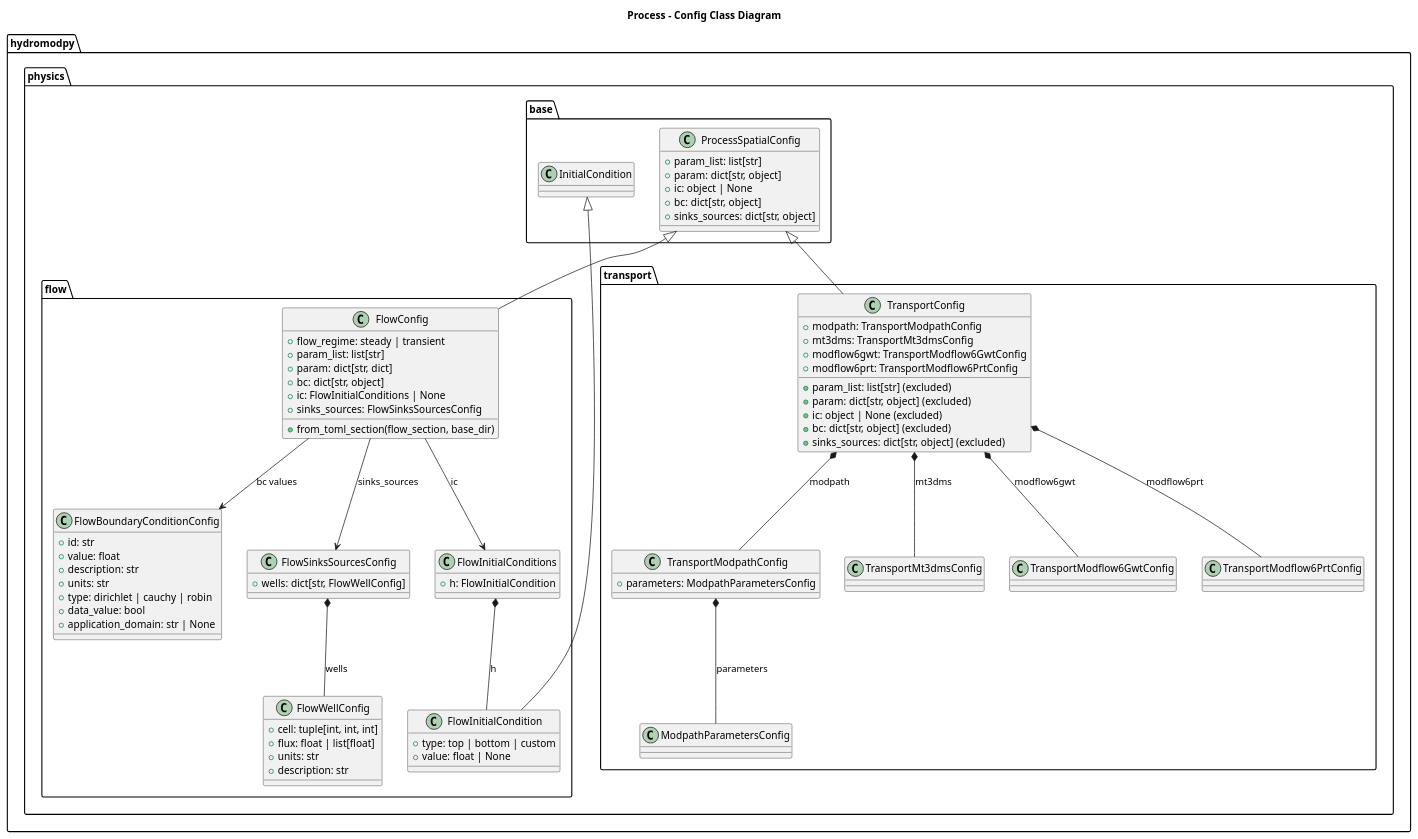
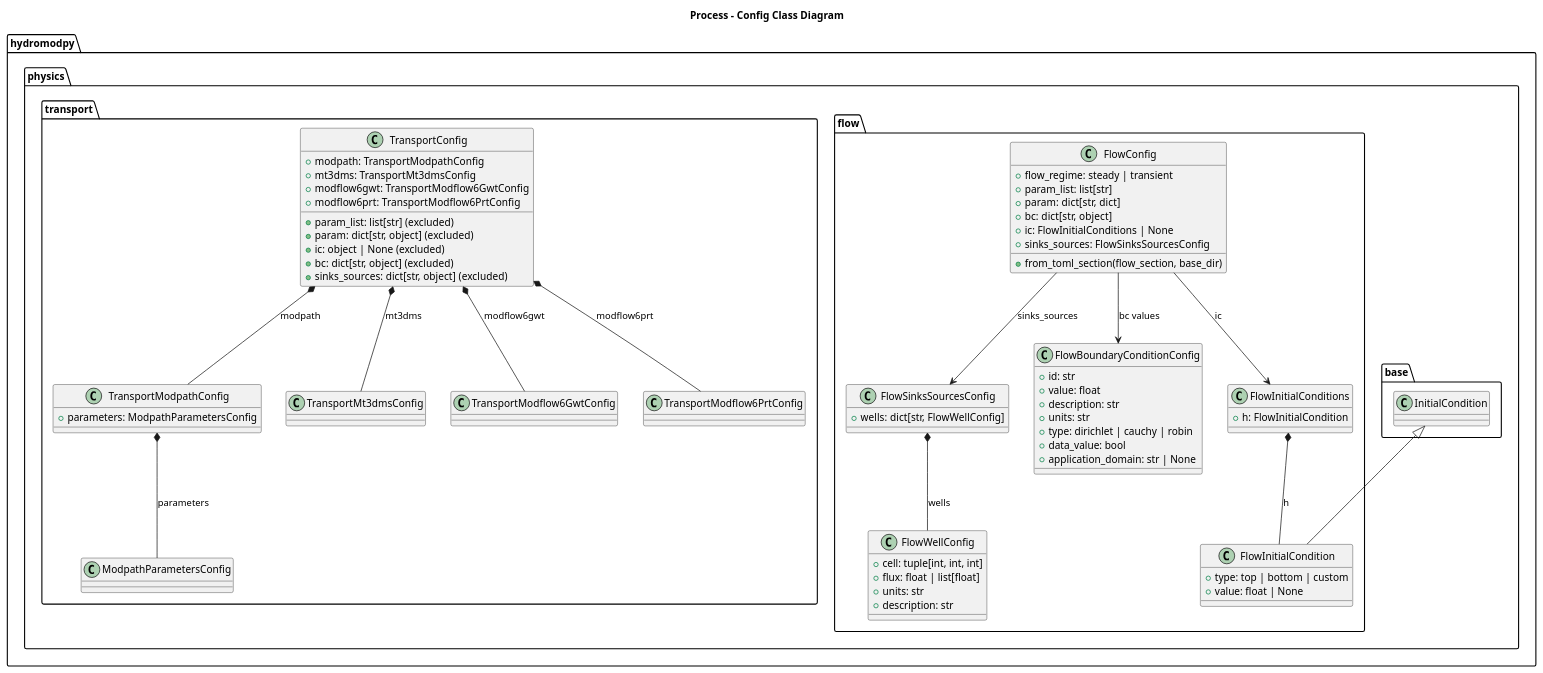
Before and after one commit to HydroModPy/HydroModPy: the diagram in docs/source/contribute/architecture/process/diagrams/process_config_class.wsd, drawn with PlantUML. The commit also changed 1217 other files, not shown here.

```diff
--- a/docs/source/contribute/architecture/process/diagrams/process_config_class.wsd
+++ b/docs/source/contribute/architecture/process/diagrams/process_config_class.wsd
@@ -1,91 +1,81 @@
 @startuml
 title Process - Config Class Diagram
 
 package "hydromodpy.physics.base" {
-  class ProcessSpatialConfig {
-    +param_list: list[str]
-    +param: dict[str, object]
-    +ic: object | None
-    +bc: dict[str, object]
-    +sinks_sources: dict[str, object]
-  }
-
   class InitialCondition
 }
 
 package "hydromodpy.physics.flow" {
   class FlowConfig {
     +flow_regime: steady | transient
     +param_list: list[str]
     +param: dict[str, dict]
     +bc: dict[str, object]
     +ic: FlowInitialConditions | None
     +sinks_sources: FlowSinksSourcesConfig
     +from_toml_section(flow_section, base_dir)
   }
 
   class FlowInitialCondition {
     +type: top | bottom | custom
     +value: float | None
   }
   class FlowInitialConditions {
     +h: FlowInitialCondition
   }
   class FlowBoundaryConditionConfig {
     +id: str
     +value: float
     +description: str
     +units: str
     +type: dirichlet | cauchy | robin
     +data_value: bool
     +application_domain: str | None
   }
   class FlowWellConfig {
     +cell: tuple[int, int, int]
     +flux: float | list[float]
     +units: str
     +description: str
   }
   class FlowSinksSourcesConfig {
     +wells: dict[str, FlowWellConfig]
   }
 }
 
 package "hydromodpy.physics.transport" {
   class TransportConfig {
     +modpath: TransportModpathConfig
     +mt3dms: TransportMt3dmsConfig
     +modflow6gwt: TransportModflow6GwtConfig
     +modflow6prt: TransportModflow6PrtConfig
     +param_list: list[str] (excluded)
     +param: dict[str, object] (excluded)
     +ic: object | None (excluded)
     +bc: dict[str, object] (excluded)
     +sinks_sources: dict[str, object] (excluded)
   }
 
   class TransportModpathConfig {
     +parameters: ModpathParametersConfig
   }
   class ModpathParametersConfig
   class TransportMt3dmsConfig
   class TransportModflow6GwtConfig
   class TransportModflow6PrtConfig
 }
 
-ProcessSpatialConfig <|-- FlowConfig
-ProcessSpatialConfig <|-- TransportConfig
 
 InitialCondition <|-- FlowInitialCondition
 FlowInitialConditions *-- FlowInitialCondition : h
 FlowConfig --> FlowInitialConditions : ic
 FlowConfig --> FlowBoundaryConditionConfig : bc values
 FlowConfig --> FlowSinksSourcesConfig : sinks_sources
 FlowSinksSourcesConfig *-- FlowWellConfig : wells
 
 TransportConfig *-- TransportModpathConfig : modpath
 TransportConfig *-- TransportMt3dmsConfig : mt3dms
 TransportConfig *-- TransportModflow6GwtConfig : modflow6gwt
 TransportConfig *-- TransportModflow6PrtConfig : modflow6prt
 TransportModpathConfig *-- ModpathParametersConfig : parameters
 @enduml
```
